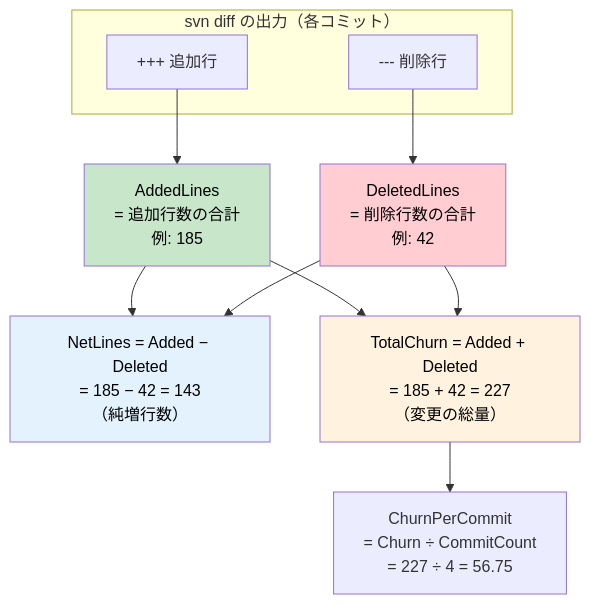
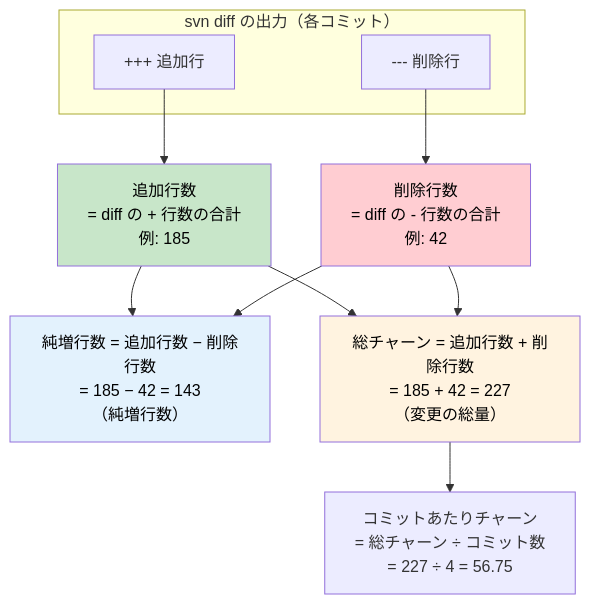
One commit to horiyamayoh/NarutoCode changed the third of 15 diagrams in docs/metrics_guide.md. Above: the diagram before and after it, drawn with Mermaid. The commit also changed other lines of this file and 4 other files, not shown here.

````diff
--- a/docs/metrics_guide.md
+++ b/docs/metrics_guide.md
@@ -126,23 +126,23 @@
 ```mermaid
 flowchart TB
     subgraph DIFF["svn diff の出力（各コミット）"]
         PLUS["+++ 追加行"]
         MINUS["--- 削除行"]
     end
 
-    PLUS --> ADDED["AddedLines\n= 追加行数の合計\n例: 185"]
-    MINUS --> DELETED["DeletedLines\n= 削除行数の合計\n例: 42"]
+    PLUS --> ADDED["追加行数\n= diff の + 行数の合計\n例: 185"]
+    MINUS --> DELETED["削除行数\n= diff の - 行数の合計\n例: 42"]
 
-    ADDED --> NET["NetLines = Added − Deleted\n= 185 − 42 = 143\n（純増行数）"]
+    ADDED --> NET["純増行数 = 追加行数 − 削除行数\n= 185 − 42 = 143\n（純増行数）"]
     DELETED --> NET
 
-    ADDED --> CHURN["TotalChurn = Added + Deleted\n= 185 + 42 = 227\n（変更の総量）"]
+    ADDED --> CHURN["総チャーン = 追加行数 + 削除行数\n= 185 + 42 = 227\n（変更の総量）"]
     DELETED --> CHURN
 
-    CHURN --> CPC["ChurnPerCommit\n= Churn ÷ CommitCount\n= 227 ÷ 4 = 56.75"]
+    CHURN --> CPC["コミットあたりチャーン\n= 総チャーン ÷ コミット数\n= 227 ÷ 4 = 56.75"]
 
     style ADDED fill:#c8e6c9,color:#000
     style DELETED fill:#ffcdd2,color:#000
     style NET fill:#e3f2fd,color:#000
     style CHURN fill:#fff3e0,color:#000
 ```
````
